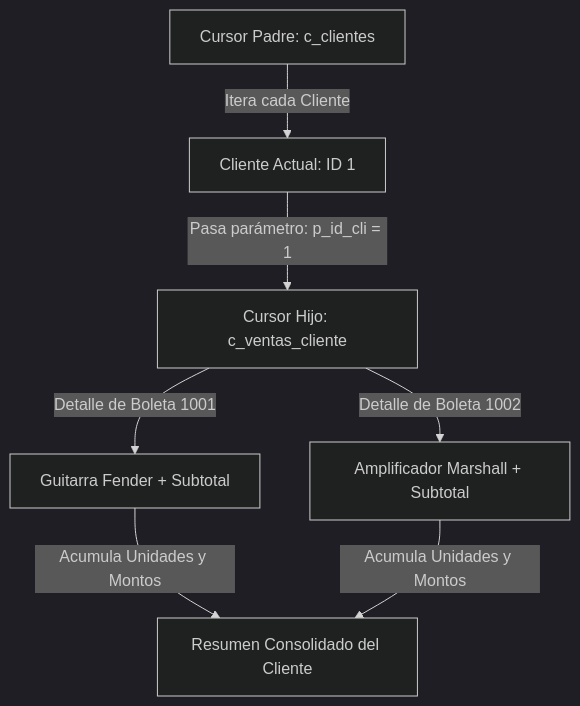
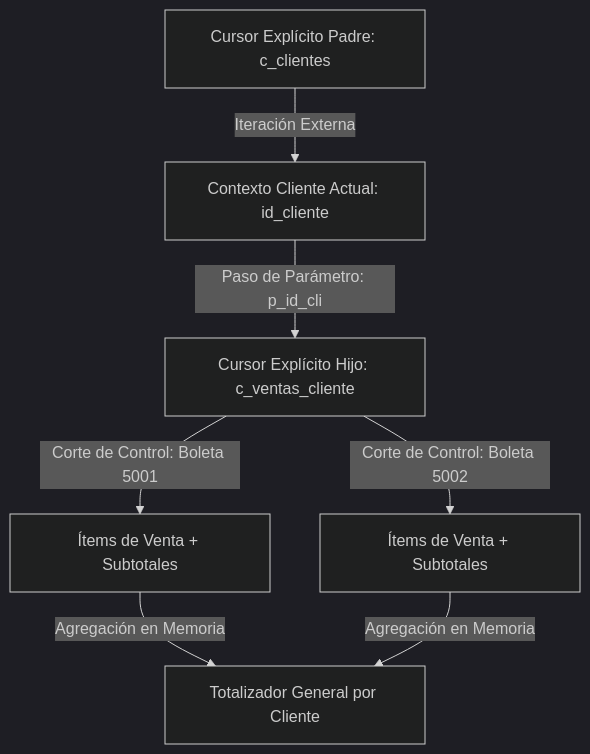
Before and after one commit to NezerkC/taller-base-de-datos-: the fourth of 6 diagrams in docs/EXPLICACION_BLOQUES_CODIGO.md, drawn with Mermaid (dark theme). The commit also changed other lines of this file, not shown here.

Commit message:
docs: add er diagram, schema ddl/dml block and elevate technical vocabulary

````diff
--- a/docs/EXPLICACION_BLOQUES_CODIGO.md
+++ b/docs/EXPLICACION_BLOQUES_CODIGO.md
@@ -199,8 +564,8 @@
 ```mermaid
 graph TD
-    A[Cursor Padre: c_clientes] -->|Itera cada Cliente| B[Cliente Actual: ID 1]
-    B -->|Pasa parámetro: p_id_cli = 1| C[Cursor Hijo: c_ventas_cliente]
-    C -->|Detalle de Boleta 1001| D[Guitarra Fender + Subtotal]
-    C -->|Detalle de Boleta 1002| E[Amplificador Marshall + Subtotal]
-    D & E -->|Acumula Unidades y Montos| F[Resumen Consolidado del Cliente]
+    A[Cursor Explícito Padre: c_clientes] -->|Iteración Externa| B[Contexto Cliente Actual: id_cliente]
+    B -->|Paso de Parámetro: p_id_cli| C[Cursor Explícito Hijo: c_ventas_cliente]
+    C -->|Corte de Control: Boleta 5001| D[Ítems de Venta + Subtotales]
+    C -->|Corte de Control: Boleta 5002| E[Ítems de Venta + Subtotales]
+    D & E -->|Agregación en Memoria| F[Totalizador General por Cliente]
 ```
````
